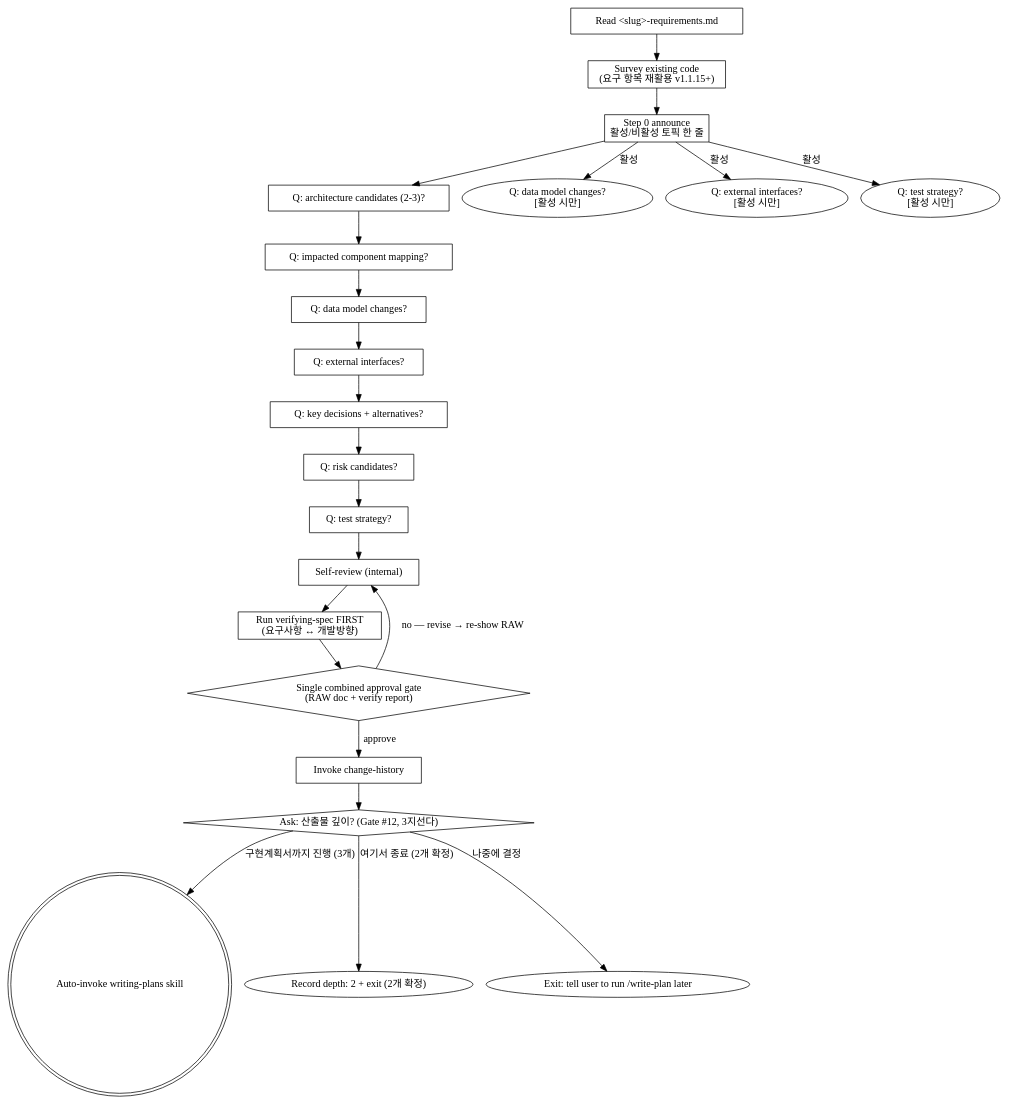
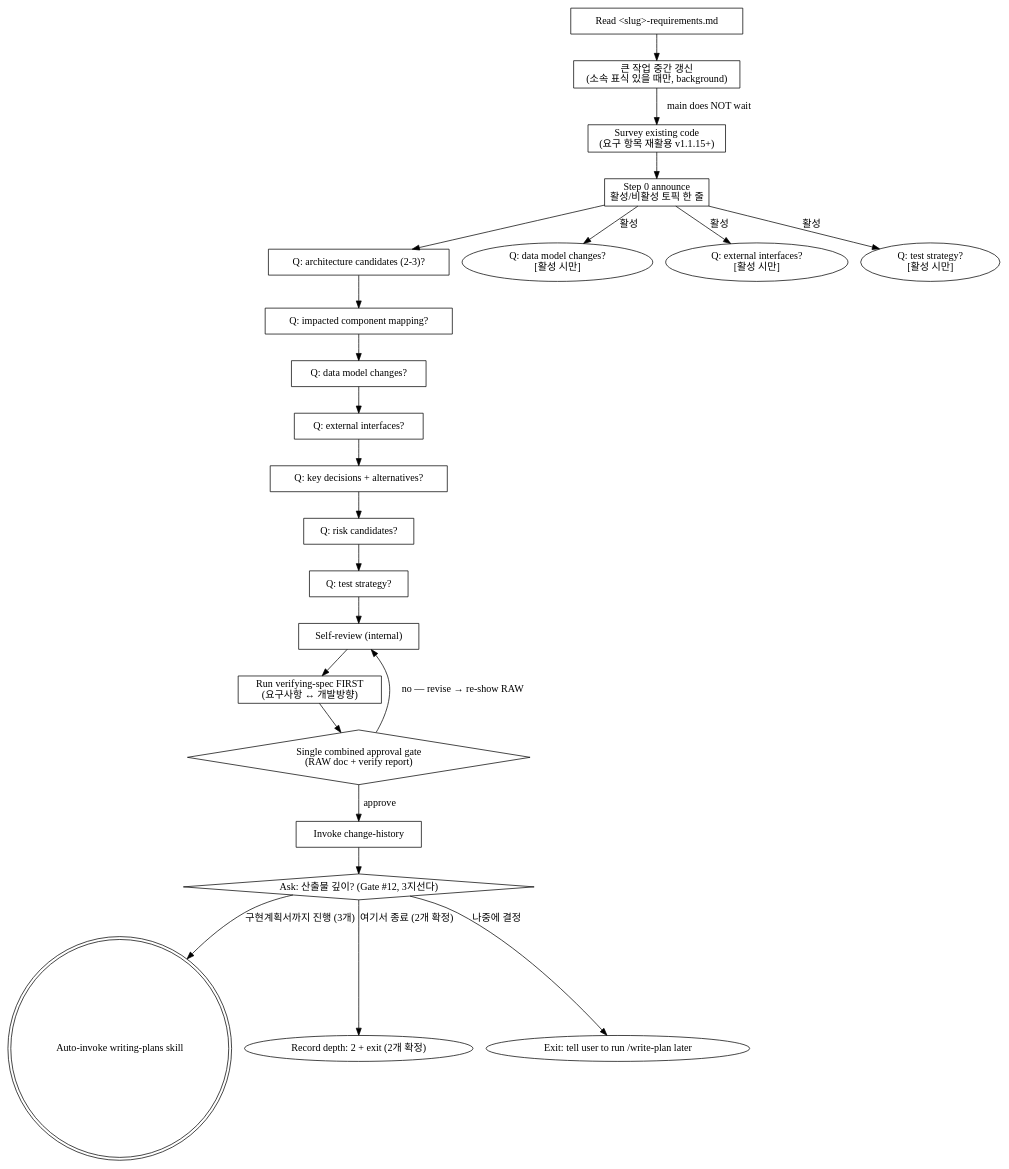
The diagram in skills/tech-design/SKILL.md (LonerStayle/js-super), drawn with Graphviz before and after one commit. The commit also changed other lines of this file and 7 other files, not shown here.

````diff
--- a/skills/tech-design/SKILL.md
+++ b/skills/tech-design/SKILL.md
@@ -155,44 +156,46 @@
 ```dot
 digraph design_flow {
     "Read <slug>-requirements.md" [shape=box];
+    "큰 작업 중간 갱신\n(소속 표식 있을 때만, background)" [shape=box];
     "Survey existing code\n(요구 항목 재활용 v1.1.15+)" [shape=box];
     "Step 0 announce\n활성/비활성 토픽 한 줄" [shape=box];
     "Q: architecture candidates (2-3)?" [shape=box];
     "Q: impacted component mapping?" [shape=box];
     "Q: data model changes?" [shape=box];
     "Q: external interfaces?" [shape=box];
     "Q: key decisions + alternatives?" [shape=box];
     "Q: risk candidates?" [shape=box];
     "Q: test strategy?" [shape=box];
     "Self-review (internal)" [shape=box];
     "Run verifying-spec FIRST\n(요구사항 ↔ 개발방향)" [shape=box];
     "Single combined approval gate\n(RAW doc + verify report)" [shape=diamond];
     "Invoke change-history" [shape=box];
     "Ask: 산출물 깊이? (Gate #12, 3지선다)" [shape=diamond];
     "Auto-invoke writing-plans skill" [shape=doublecircle];
     "Record depth: 2 + exit (2개 확정)" [shape=oval];
     "Exit: tell user to run /write-plan later" [shape=oval];
 
-    "Read <slug>-requirements.md" -> "Survey existing code\n(요구 항목 재활용 v1.1.15+)";
+    "Read <slug>-requirements.md" -> "큰 작업 중간 갱신\n(소속 표식 있을 때만, background)";
+    "큰 작업 중간 갱신\n(소속 표식 있을 때만, background)" -> "Survey existing code\n(요구 항목 재활용 v1.1.15+)" [label="main does NOT wait"];
     "Survey existing code\n(요구 항목 재활용 v1.1.15+)" -> "Step 0 announce\n활성/비활성 토픽 한 줄";
     "Step 0 announce\n활성/비활성 토픽 한 줄" -> "Q: architecture candidates (2-3)?";
     "Step 0 announce\n활성/비활성 토픽 한 줄" -> "Q: data model changes?\n[활성 시만]" [label="활성"];
     "Step 0 announce\n활성/비활성 토픽 한 줄" -> "Q: external interfaces?\n[활성 시만]" [label="활성"];
     "Step 0 announce\n활성/비활성 토픽 한 줄" -> "Q: test strategy?\n[활성 시만]" [label="활성"];
     "Q: architecture candidates (2-3)?" -> "Q: impacted component mapping?";
     "Q: impacted component mapping?" -> "Q: data model changes?";
     "Q: data model changes?" -> "Q: external interfaces?";
     "Q: external interfaces?" -> "Q: key decisions + alternatives?";
     "Q: key decisions + alternatives?" -> "Q: risk candidates?";
     "Q: risk candidates?" -> "Q: test strategy?";
     "Q: test strategy?" -> "Self-review (internal)";
     "Self-review (internal)" -> "Run verifying-spec FIRST\n(요구사항 ↔ 개발방향)";
     "Run verifying-spec FIRST\n(요구사항 ↔ 개발방향)" -> "Single combined approval gate\n(RAW doc + verify report)";
     "Single combined approval gate\n(RAW doc + verify report)" -> "Self-review (internal)" [label="no — revise → re-show RAW"];
     "Single combined approval gate\n(RAW doc + verify report)" -> "Invoke change-history" [label="approve"];
     "Invoke change-history" -> "Ask: 산출물 깊이? (Gate #12, 3지선다)";
     "Ask: 산출물 깊이? (Gate #12, 3지선다)" -> "Auto-invoke writing-plans skill" [label="구현계획서까지 진행 (3개)"];
     "Ask: 산출물 깊이? (Gate #12, 3지선다)" -> "Record depth: 2 + exit (2개 확정)" [label="여기서 종료 (2개 확정)"];
     "Ask: 산출물 깊이? (Gate #12, 3지선다)" -> "Exit: tell user to run /write-plan later" [label="나중에 결정"];
 }
 ```
````
